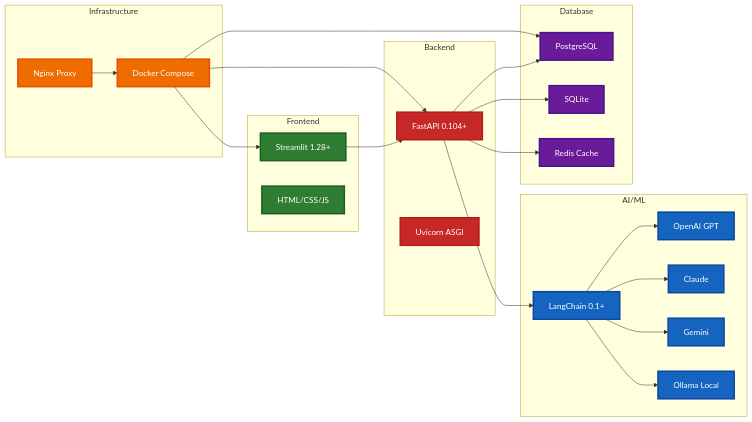
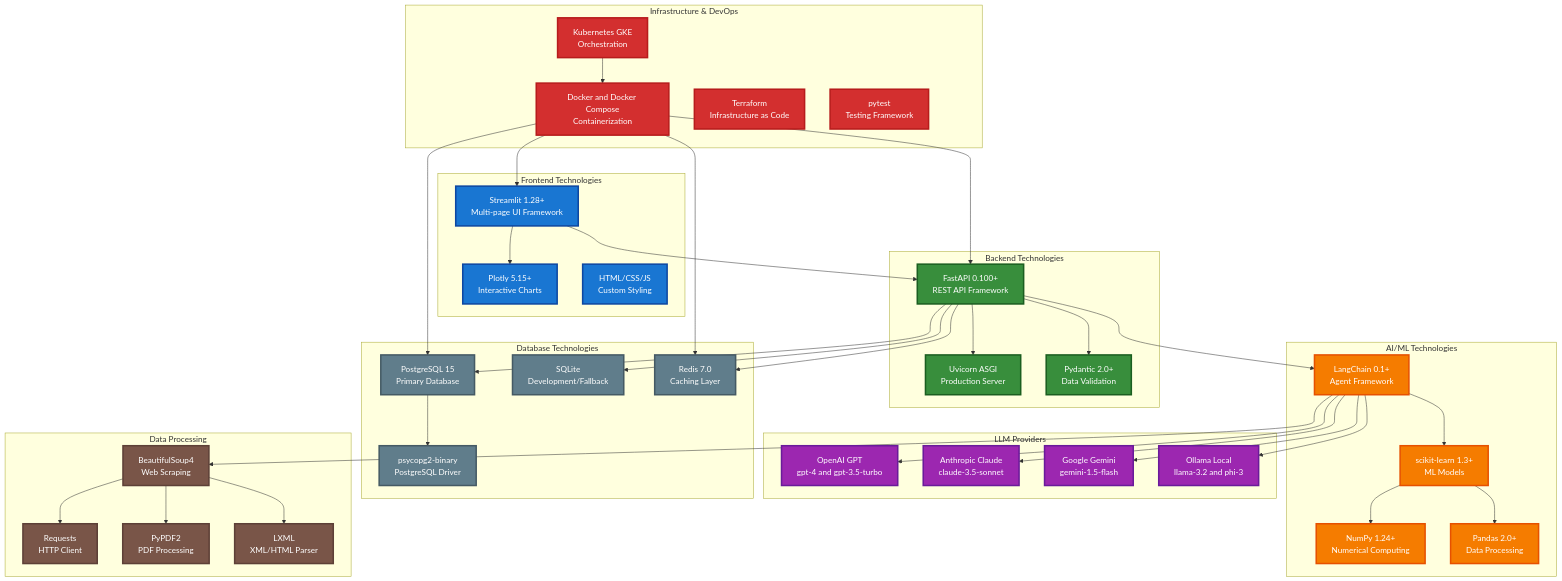
Before and after one commit to kenneth-fernandes/cisc691-a06: the fifth of 12 diagrams in docs/workflow-diagrams.md, drawn with Mermaid. The commit also changed other lines of this file and 37 other files, not shown here.

First line of the commit message:
Cloud Deployment along with some diagrams and README update (#51)

````diff
--- a/docs/workflow-diagrams.md
+++ b/docs/workflow-diagrams.md
@@ -219,58 +219,98 @@
 ```mermaid
-graph LR
-    subgraph "Frontend"
-        ST[Streamlit 1.28+]
-        HTML[HTML/CSS/JS]
+graph TB
+    subgraph "Frontend Technologies"
+        ST[Streamlit 1.28+<br/>Multi-page UI Framework]
+        PLOTLY[Plotly 5.15+<br/>Interactive Charts]
+        HTML[HTML/CSS/JS<br/>Custom Styling]
     end
     
-    subgraph "Backend"
-        FA[FastAPI 0.104+]
-        UV[Uvicorn ASGI]
+    subgraph "Backend Technologies"
+        FA[FastAPI 0.100+<br/>REST API Framework]
+        UV[Uvicorn ASGI<br/>Production Server]
+        PYDANTIC[Pydantic 2.0+<br/>Data Validation]
     end
     
-    subgraph "AI/ML"
-        LC[LangChain 0.1+]
-        OPENAI[OpenAI GPT]
-        ANTHROPIC[Claude]
-        GOOGLE[Gemini]
-        OLLAMA[Ollama Local]
+    subgraph "AI/ML Technologies"
+        LC[LangChain 0.1+<br/>Agent Framework]
+        SKLEARN[scikit-learn 1.3+<br/>ML Models]
+        NUMPY[NumPy 1.24+<br/>Numerical Computing]
+        PANDAS[Pandas 2.0+<br/>Data Processing]
     end
     
-    subgraph "Database"
-        PG[PostgreSQL]
-        SL[SQLite]
-        CACHE[Redis Cache]
+    subgraph "LLM Providers"
+        OPENAI[OpenAI GPT<br/>gpt-4 and gpt-3.5-turbo]
+        ANTHROPIC[Anthropic Claude<br/>claude-3.5-sonnet]
+        GOOGLE[Google Gemini<br/>gemini-1.5-flash]
+        OLLAMA[Ollama Local<br/>llama-3.2 and phi-3]
     end
     
-    subgraph "Infrastructure"
-        DOCKER[Docker Compose]
-        NGINX[Nginx Proxy]
+    subgraph "Database Technologies"
+        PG[PostgreSQL 15<br/>Primary Database]
+        SQLITE[SQLite<br/>Development/Fallback]
+        REDIS[Redis 7.0<br/>Caching Layer]
+        PSYCOPG[psycopg2-binary<br/>PostgreSQL Driver]
     end
     
+    subgraph "Data Processing"
+        BS4[BeautifulSoup4<br/>Web Scraping]
+        REQUESTS[Requests<br/>HTTP Client]
+        PYPDF[PyPDF2<br/>PDF Processing]
+        LXML[LXML<br/>XML/HTML Parser]
+    end
+    
+    subgraph "Infrastructure & DevOps"
+        DOCKER[Docker and Docker Compose<br/>Containerization]
+        K8S[Kubernetes GKE<br/>Orchestration]
+        TERRAFORM[Terraform<br/>Infrastructure as Code]
+        PYTEST[pytest<br/>Testing Framework]
+    end
+    
+    %% Technology connections
     ST --> FA
+    ST --> PLOTLY
+    FA --> PYDANTIC
+    FA --> UV
     FA --> LC
+    
     LC --> OPENAI
-    LC --> ANTHROPIC
+    LC --> ANTHROPIC  
     LC --> GOOGLE
     LC --> OLLAMA
+    LC --> SKLEARN
+    
     FA --> PG
-    FA --> SL
-    FA --> CACHE
+    FA --> SQLITE
+    FA --> REDIS
+    PG --> PSYCOPG
+    
+    LC --> BS4
+    BS4 --> REQUESTS
+    BS4 --> PYPDF
+    BS4 --> LXML
+    
+    SKLEARN --> NUMPY
+    SKLEARN --> PANDAS
+    
     DOCKER --> ST
     DOCKER --> FA
     DOCKER --> PG
-    NGINX --> DOCKER
+    DOCKER --> REDIS
+    K8S --> DOCKER
     
-    %% Styling with vibrant contrasting colors
-    classDef frontend fill:#2e7d32,stroke:#1b5e20,stroke-width:3px,color:#ffffff
-    classDef backend fill:#c62828,stroke:#b71c1c,stroke-width:3px,color:#ffffff
-    classDef aiml fill:#1565c0,stroke:#0d47a1,stroke-width:3px,color:#ffffff
-    classDef database fill:#6a1b9a,stroke:#4a148c,stroke-width:3px,color:#ffffff
-    classDef infrastructure fill:#ef6c00,stroke:#e65100,stroke-width:3px,color:#ffffff
+    %% Styling with professional colors
+    classDef frontend fill:#1976d2,stroke:#0d47a1,stroke-width:3px,color:#ffffff
+    classDef backend fill:#388e3c,stroke:#1b5e20,stroke-width:3px,color:#ffffff
+    classDef aiml fill:#f57c00,stroke:#e65100,stroke-width:3px,color:#ffffff
+    classDef llm fill:#9c27b0,stroke:#6a1b9a,stroke-width:3px,color:#ffffff
+    classDef database fill:#607d8b,stroke:#455a64,stroke-width:3px,color:#ffffff
+    classDef processing fill:#795548,stroke:#5d4037,stroke-width:3px,color:#ffffff
+    classDef infrastructure fill:#d32f2f,stroke:#b71c1c,stroke-width:3px,color:#ffffff
     
-    class ST,HTML frontend
-    class FA,UV backend
-    class LC,OPENAI,ANTHROPIC,GOOGLE,OLLAMA aiml
-    class PG,SL,CACHE database
-    class DOCKER,NGINX infrastructure
+    class ST,PLOTLY,HTML frontend
+    class FA,UV,PYDANTIC backend
+    class LC,SKLEARN,NUMPY,PANDAS aiml
+    class OPENAI,ANTHROPIC,GOOGLE,OLLAMA llm
+    class PG,SQLITE,REDIS,PSYCOPG database
+    class BS4,REQUESTS,PYPDF,LXML processing
+    class DOCKER,K8S,TERRAFORM,PYTEST infrastructure
 ```
````
